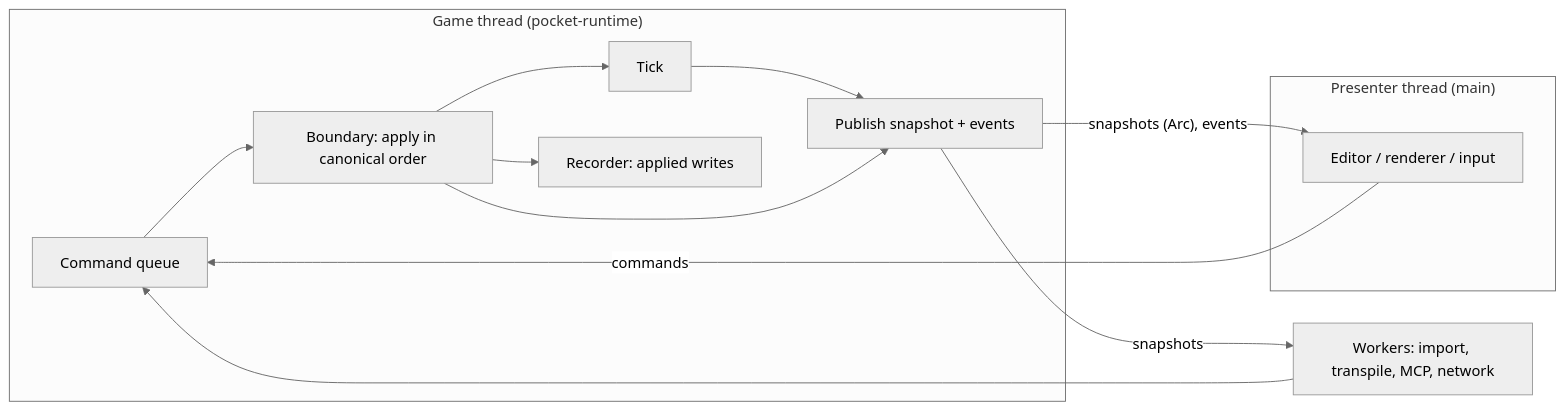
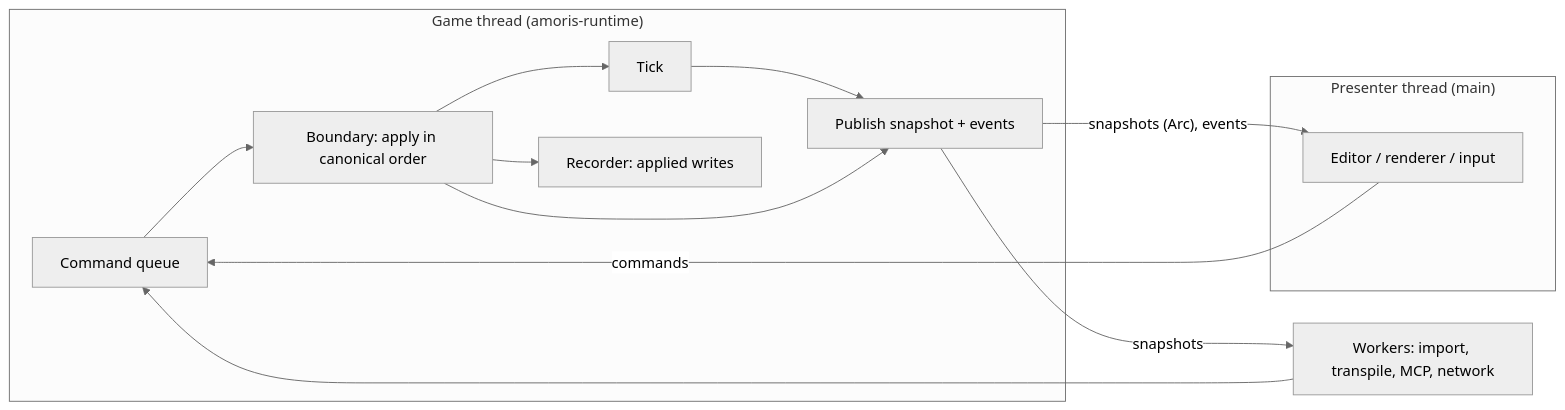
One commit to qiulinfan/amoris changed the diagram in docs/spec/threads.md. Above: the diagram before and after it, drawn with Mermaid (neutral theme). The commit also changed other lines of this file and 1334 other files, not shown here.

First line of the commit message:
Rename engine interfaces from pocket to amoris atomically

````diff
--- a/docs/spec/threads.md
+++ b/docs/spec/threads.md
@@ -49,17 +49,17 @@
 ```mermaid
 flowchart LR
-    subgraph G["Game thread (pocket-runtime)"]
+    subgraph G["Game thread (amoris-runtime)"]
         Q[Command queue] --> B[Boundary: apply in canonical order]
         B --> T[Tick]
         T --> P[Publish snapshot + events]
         B --> P
         B --> R[Recorder: applied writes]
     end
     subgraph M["Presenter thread (main)"]
         E[Editor / renderer / input]
     end
     W[Workers: import, transpile, MCP, network] --> Q
     E -- commands --> Q
     P -- "snapshots (Arc), events" --> E
     P -- snapshots --> W
 ```
````
